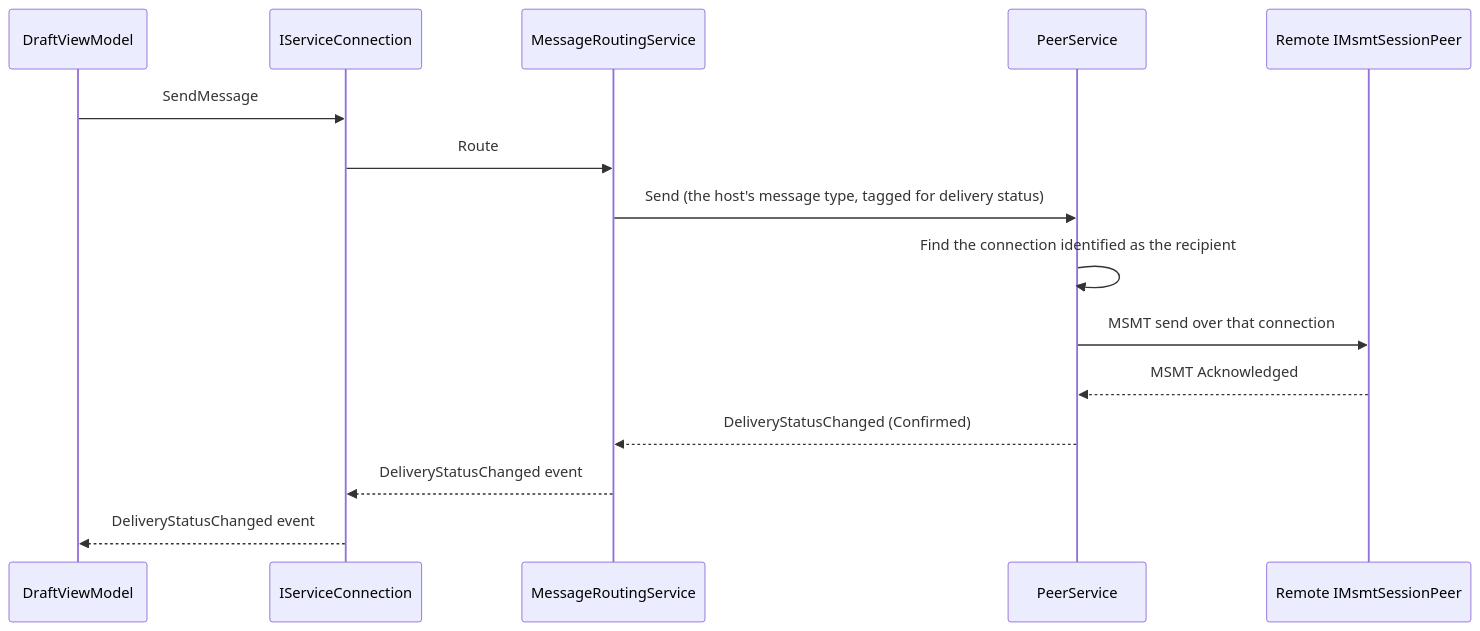
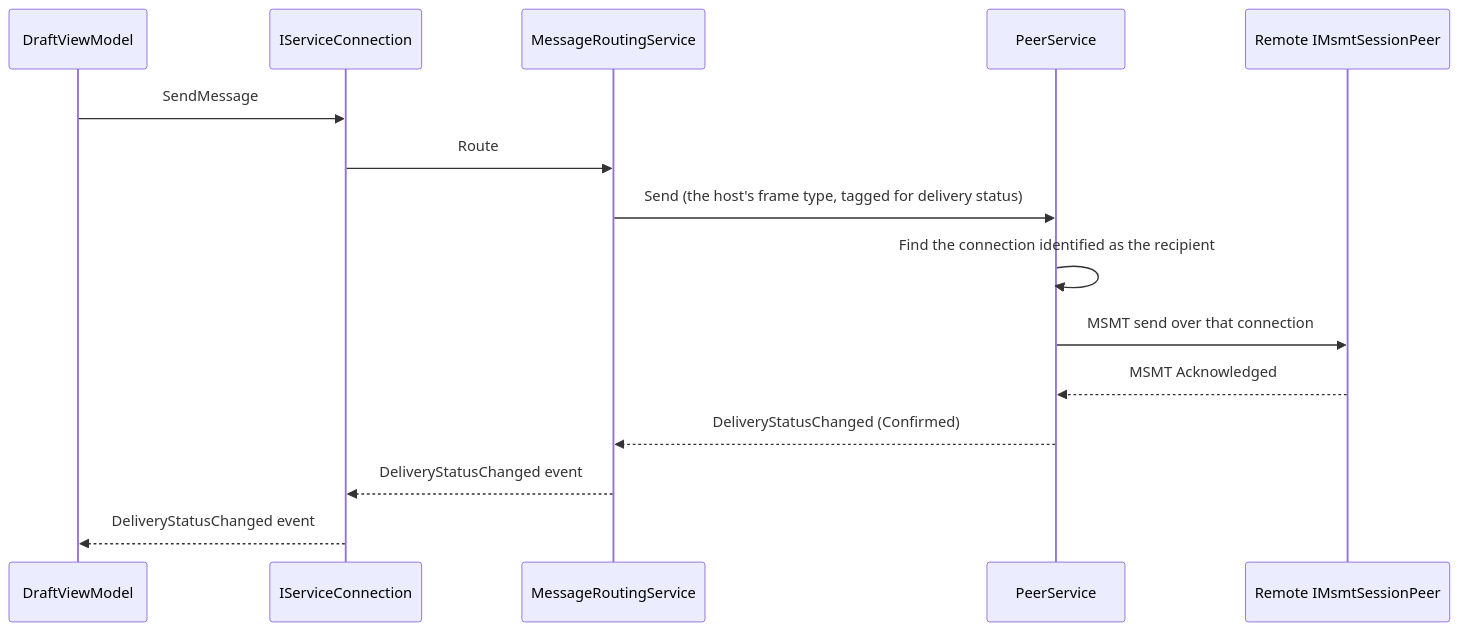
Before and after one commit to Blue-Heighliner/Comlink: the second of 5 diagrams in Docs/Architecture.md, drawn with Mermaid. The commit also changed other lines of this file and 117 other files, not shown here.

````diff
--- a/Docs/Architecture.md
+++ b/Docs/Architecture.md
@@ -70,17 +70,17 @@
 ```mermaid
 sequenceDiagram
     participant DVM as DraftViewModel
     participant SC as IServiceConnection
     participant MRS as MessageRoutingService
     participant PS as PeerService
     participant RP as Remote IMsmtSessionPeer
     DVM->>SC: SendMessage
     SC->>MRS: Route
-    MRS->>PS: Send (the host's message type, tagged for delivery status)
+    MRS->>PS: Send (the host's frame type, tagged for delivery status)
     PS->>PS: Find the connection identified as the recipient
     PS->>RP: MSMT send over that connection
     RP-->>PS: MSMT Acknowledged
     PS-->>MRS: DeliveryStatusChanged (Confirmed)
     MRS-->>SC: DeliveryStatusChanged event
     SC-->>DVM: DeliveryStatusChanged event
 ```
````
